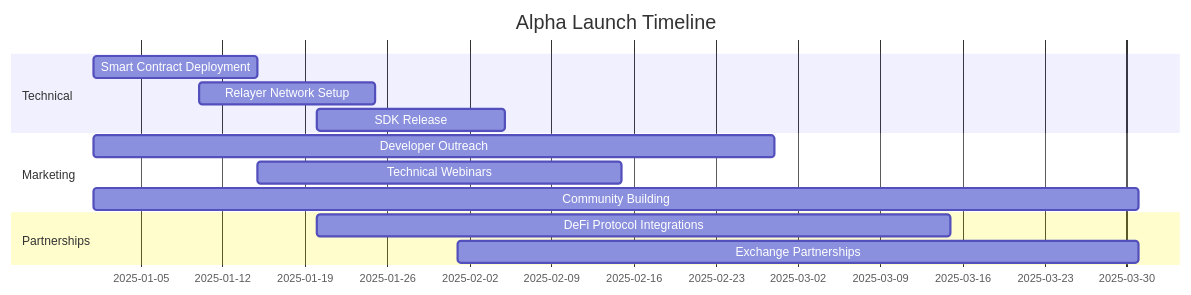
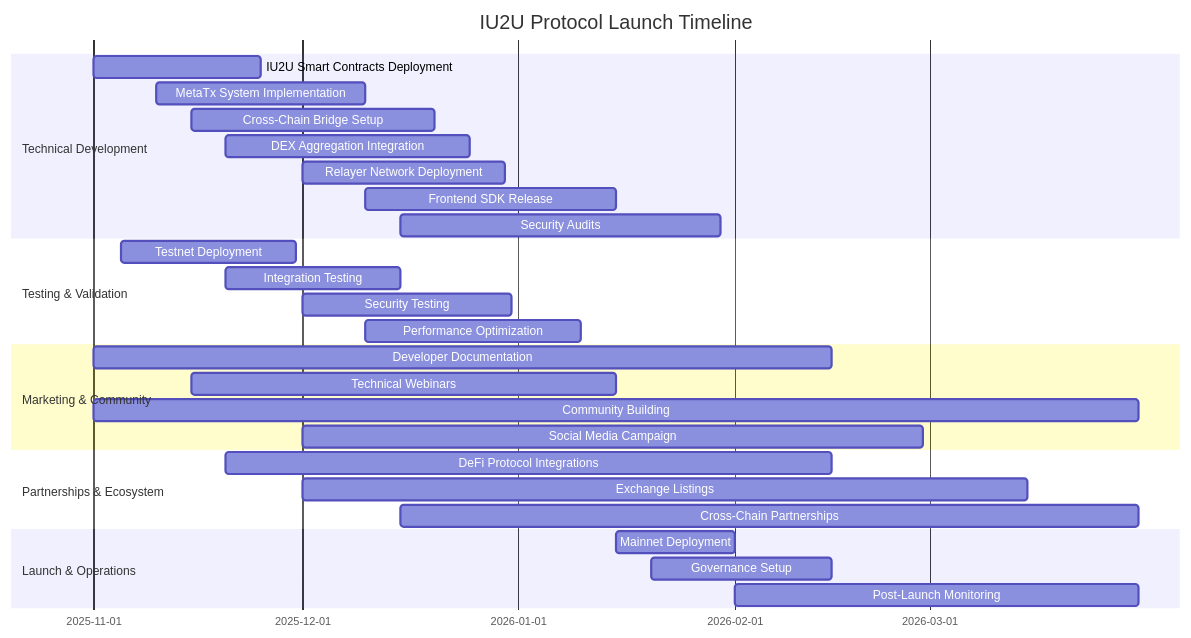
The first of 2 diagrams in GO_TO_MARKET_STRATEGY.md (DINetworks/DI-U2U-Protocol), drawn with Mermaid before and after one commit. The commit also changed other lines of this file, not shown here.

````diff
--- a/GO_TO_MARKET_STRATEGY.md
+++ b/GO_TO_MARKET_STRATEGY.md
@@ -48,16 +48,31 @@
 ```mermaid
 gantt
-    title Alpha Launch Timeline
-    dateFormat MM-DD
-    section Technical
-    Smart Contract Deployment    :01-01, 01-15
-    Relayer Network Setup        :01-10, 01-25
-    SDK Release                  :01-20, 02-05
-    section Marketing
-    Developer Outreach           :01-01, 02-28
-    Technical Webinars           :01-15, 02-15
-    Community Building           :01-01, 03-31
-    section Partnerships
-    DeFi Protocol Integrations  :01-20, 03-15
-    Exchange Partnerships        :02-01, 03-31
+    title IU2U Protocol Launch Timeline
+    dateFormat YYYY-MM-DD
+    section Technical Development
+    IU2U Smart Contracts Deployment    :2025-11-01, 2025-11-25
+    MetaTx System Implementation       :2025-11-10, 2025-12-10
+    Cross-Chain Bridge Setup          :2025-11-15, 2025-12-20
+    DEX Aggregation Integration       :2025-11-20, 2025-12-25
+    Relayer Network Deployment        :2025-12-01, 2025-12-30
+    Frontend SDK Release              :2025-12-10, 2026-01-15
+    Security Audits                   :2025-12-15, 2026-01-30
+    section Testing & Validation
+    Testnet Deployment               :2025-11-05, 2025-11-30
+    Integration Testing              :2025-11-20, 2025-12-15
+    Security Testing                 :2025-12-01, 2025-12-31
+    Performance Optimization         :2025-12-10, 2026-01-10
+    section Marketing & Community
+    Developer Documentation          :2025-11-01, 2026-02-15
+    Technical Webinars               :2025-11-15, 2026-01-15
+    Community Building               :2025-11-01, 2026-03-31
+    Social Media Campaign            :2025-12-01, 2026-02-28
+    section Partnerships & Ecosystem
+    DeFi Protocol Integrations       :2025-11-20, 2026-02-15
+    Exchange Listings                :2025-12-01, 2026-03-15
+    Cross-Chain Partnerships         :2025-12-15, 2026-03-31
+    section Launch & Operations
+    Mainnet Deployment               :2026-01-15, 2026-02-01
+    Governance Setup                 :2026-01-20, 2026-02-15
+    Post-Launch Monitoring           :2026-02-01, 2026-03-31
 ```
````
